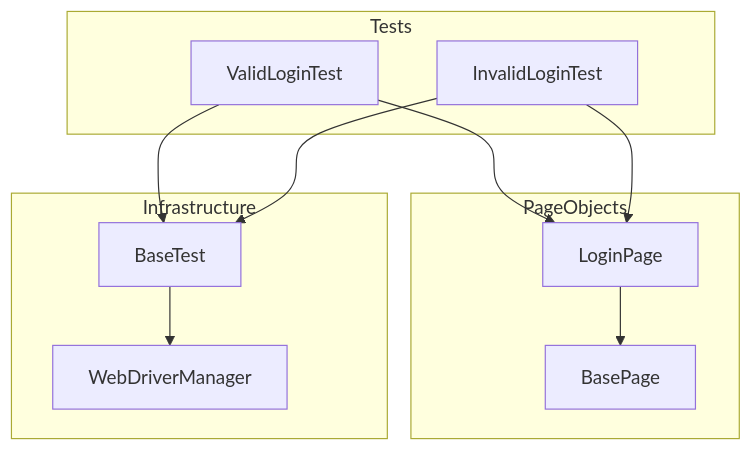
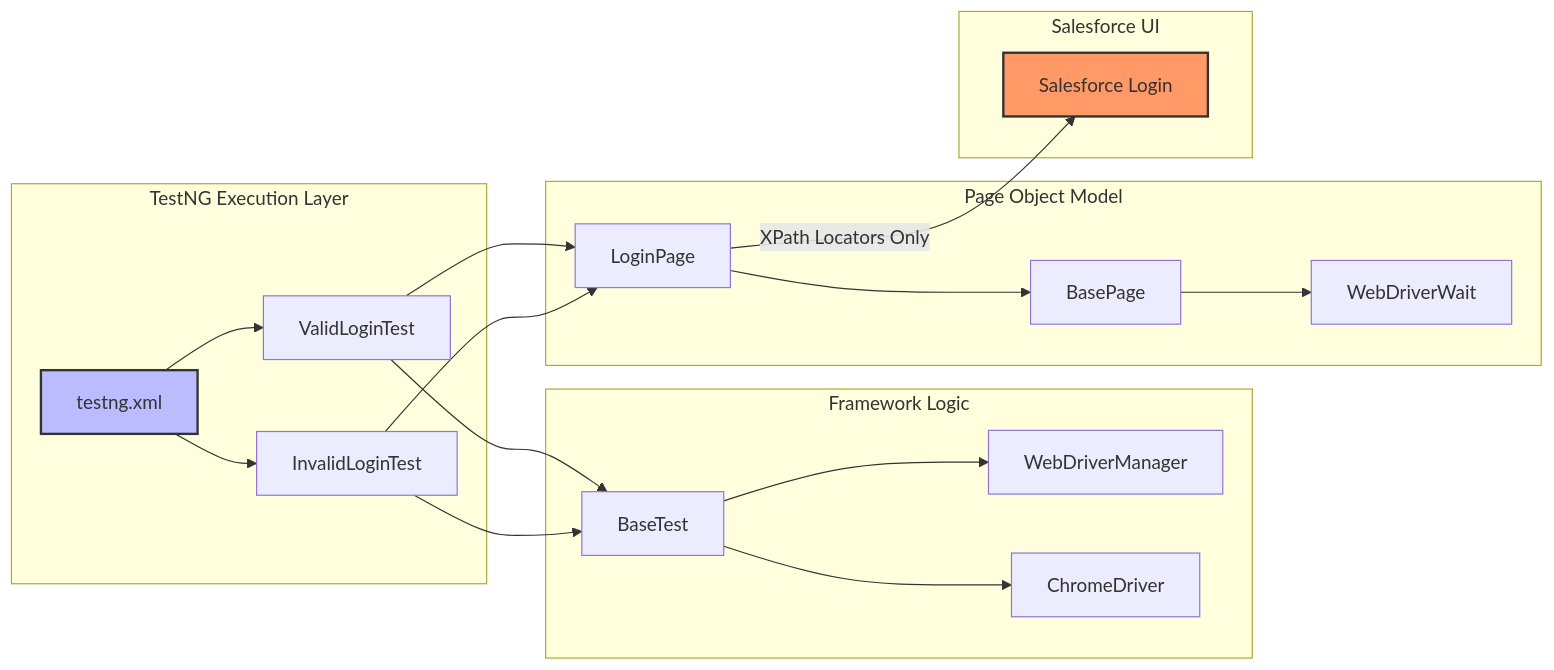
One commit to nileshjanawade/RICE_POT_SeleniumFramework changed the diagram in README.md. Above: the diagram before and after it, drawn with Mermaid. The commit also changed other lines of this file, not shown here.

````diff
--- a/README.md
+++ b/README.md
@@ -9,24 +9,26 @@
 ```mermaid
-graph TD
-    subgraph Tests
-        T1[ValidLoginTest]
-        T2[InvalidLoginTest]
+graph LR
+    subgraph TestNG_Layer [TestNG Execution Layer]
+        Suite[testng.xml] --> VT[ValidLoginTest]
+        Suite --> IT[InvalidLoginTest]
     end
-    
-    subgraph PageObjects
-        P1[LoginPage]
-        P2[BasePage]
+
+    subgraph Logic_Layer [Framework Logic]
+        VT & IT --> BT[BaseTest]
+        BT --> WDM[WebDriverManager]
+        BT --> Driver[ChromeDriver]
     end
-    
-    subgraph Infrastructure
-        B[BaseTest]
-        D[WebDriverManager]
+
+    subgraph POM_Layer [Page Object Model]
+        VT & IT --> LP[LoginPage]
+        LP --> BP[BasePage]
+        BP --> Wait[WebDriverWait]
     end
-    
-    T1 --> P1
-    T2 --> P1
-    P1 --> P2
-    T1 --> B
-    T2 --> B
-    B --> D
+
+    subgraph UI_Layer [Salesforce UI]
+        LP -- "XPath Locators Only" --> SF[Salesforce Login]
+    end
+
+    style SF fill:#f96,stroke:#333,stroke-width:2px
+    style Suite fill:#bbf,stroke:#333,stroke-width:2px
 ```
````
